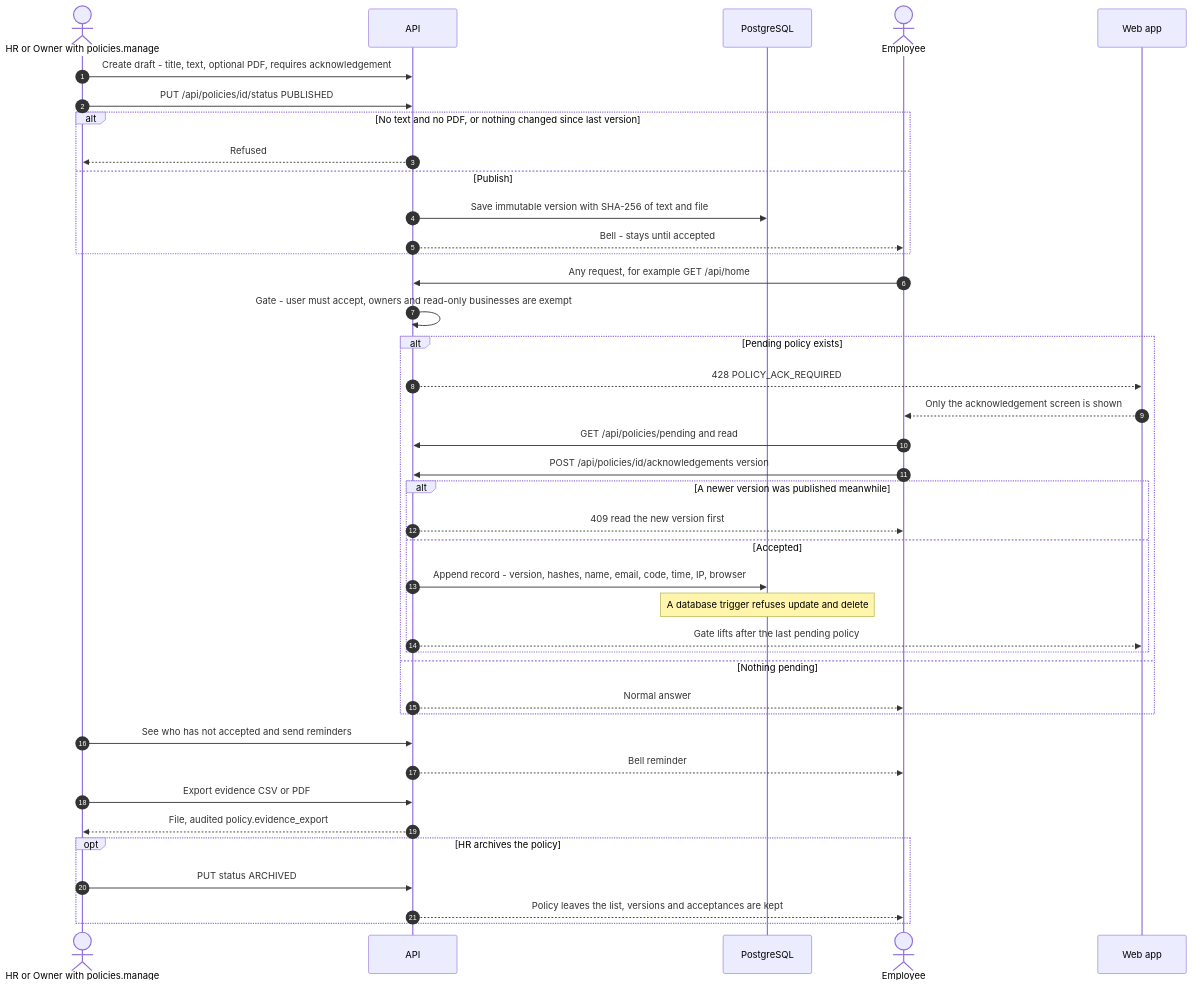
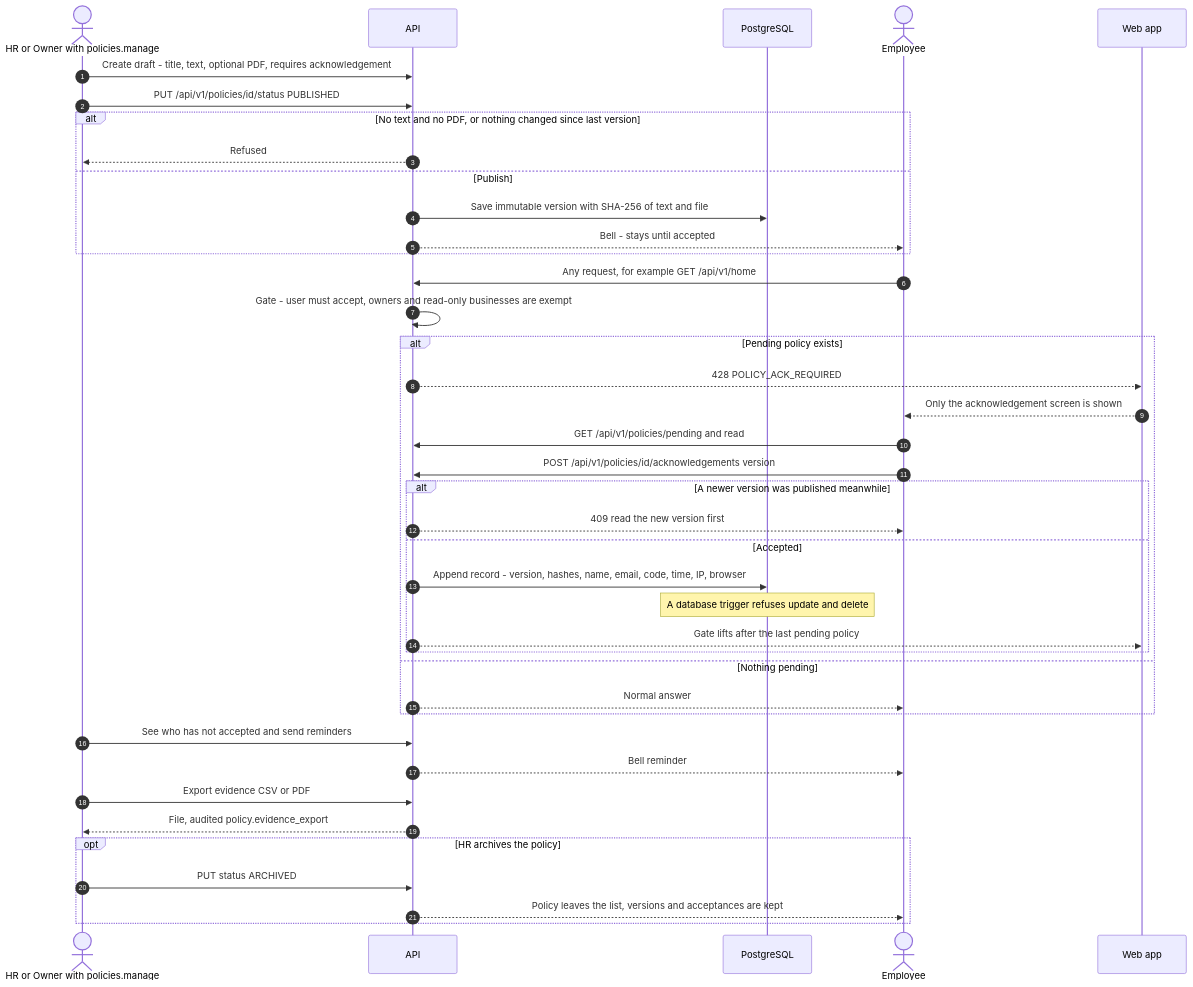
Diagram 11 of 23 in references/FLOW-JurisOne.md (amitjurislpo/Juris-one), drawn with Mermaid before and after one commit. The commit also changed other lines of this file and 95 other files, not shown here.

First line of the commit message:
Version the whole API: /api/... becomes /api/v1/...

````diff
--- a/references/FLOW-JurisOne.md
+++ b/references/FLOW-JurisOne.md
@@ -517,43 +517,43 @@
 ```mermaid
 sequenceDiagram
     autonumber
     actor HR as HR or Owner with policies.manage
     participant API as API
     participant DB as PostgreSQL
     actor E as Employee
     participant SPA as Web app
 
     HR->>API: Create draft - title, text, optional PDF, requires acknowledgement
-    HR->>API: PUT /api/policies/id/status PUBLISHED
+    HR->>API: PUT /api/v1/policies/id/status PUBLISHED
     alt No text and no PDF, or nothing changed since last version
         API-->>HR: Refused
     else Publish
         API->>DB: Save immutable version with SHA-256 of text and file
         API-->>E: Bell - stays until accepted
     end
-    E->>API: Any request, for example GET /api/home
+    E->>API: Any request, for example GET /api/v1/home
     API->>API: Gate - user must accept, owners and read-only businesses are exempt
     alt Pending policy exists
         API-->>SPA: 428 POLICY_ACK_REQUIRED
         SPA-->>E: Only the acknowledgement screen is shown
-        E->>API: GET /api/policies/pending and read
-        E->>API: POST /api/policies/id/acknowledgements version
+        E->>API: GET /api/v1/policies/pending and read
+        E->>API: POST /api/v1/policies/id/acknowledgements version
         alt A newer version was published meanwhile
             API-->>E: 409 read the new version first
         else Accepted
             API->>DB: Append record - version, hashes, name, email, code, time, IP, browser
             Note over DB: A database trigger refuses update and delete
             API-->>SPA: Gate lifts after the last pending policy
         end
     else Nothing pending
         API-->>E: Normal answer
     end
     HR->>API: See who has not accepted and send reminders
     API-->>E: Bell reminder
     HR->>API: Export evidence CSV or PDF
     API-->>HR: File, audited policy.evidence_export
     opt HR archives the policy
         HR->>API: PUT status ARCHIVED
         API-->>E: Policy leaves the list, versions and acceptances are kept
     end
 ```
````
